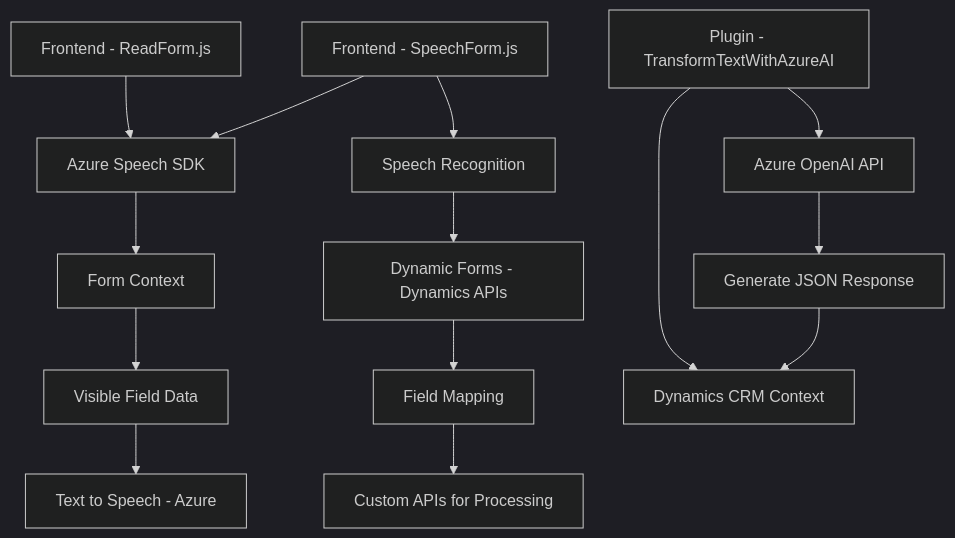
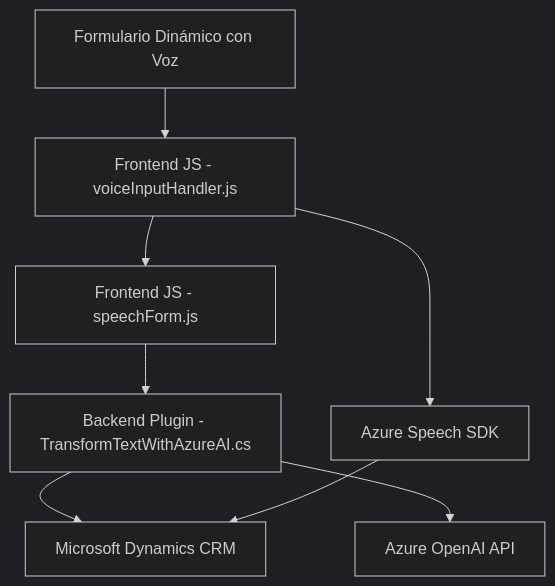
The diagram in README.md (blopezdm/NETCORE_BILBAO2025), drawn with Mermaid (dark theme) before and after one commit. The commit also changed other lines of this file, not shown here.

Commit message:
Actualizar análisis global de la solución con IA

````diff
--- a/README.md
+++ b/README.md
@@ -55,18 +47,18 @@
 ```mermaid
 graph TD
-    A["Frontend - ReadForm.js"] --> B["Azure Speech SDK"]
-    B --> C["Form Context"]
-    C --> D["Visible Field Data"]
-    D --> E["Text to Speech - Azure"]
+    Start["Formulario Dinámico con Voz"]
+    JS_Handler["Frontend JS - voiceInputHandler.js"]
+    JS_Processor["Frontend JS - speechForm.js"]
+    Plugin["Backend Plugin - TransformTextWithAzureAI.cs"]
+    AzureSpeech["Azure Speech SDK"]
+    OpenAI["Azure OpenAI API"]
+    CRM["Microsoft Dynamics CRM"]
 
-    F["Frontend - SpeechForm.js"] --> B
-    F --> G["Speech Recognition"]
-    G --> H["Dynamic Forms - Dynamics APIs"]
-    H --> I["Field Mapping"]
-    I --> J["Custom APIs for Processing"]
-
-    K["Plugin - TransformTextWithAzureAI"] --> L["Dynamics CRM Context"]
-    K --> M["Azure OpenAI API"]
-    M --> N["Generate JSON Response"]
-    N --> L
+    Start --> JS_Handler
+    JS_Handler --> AzureSpeech
+    JS_Handler --> JS_Processor
+    JS_Processor --> Plugin
+    Plugin --> OpenAI
+    Plugin --> CRM
+    AzureSpeech --> CRM
 ```
````
